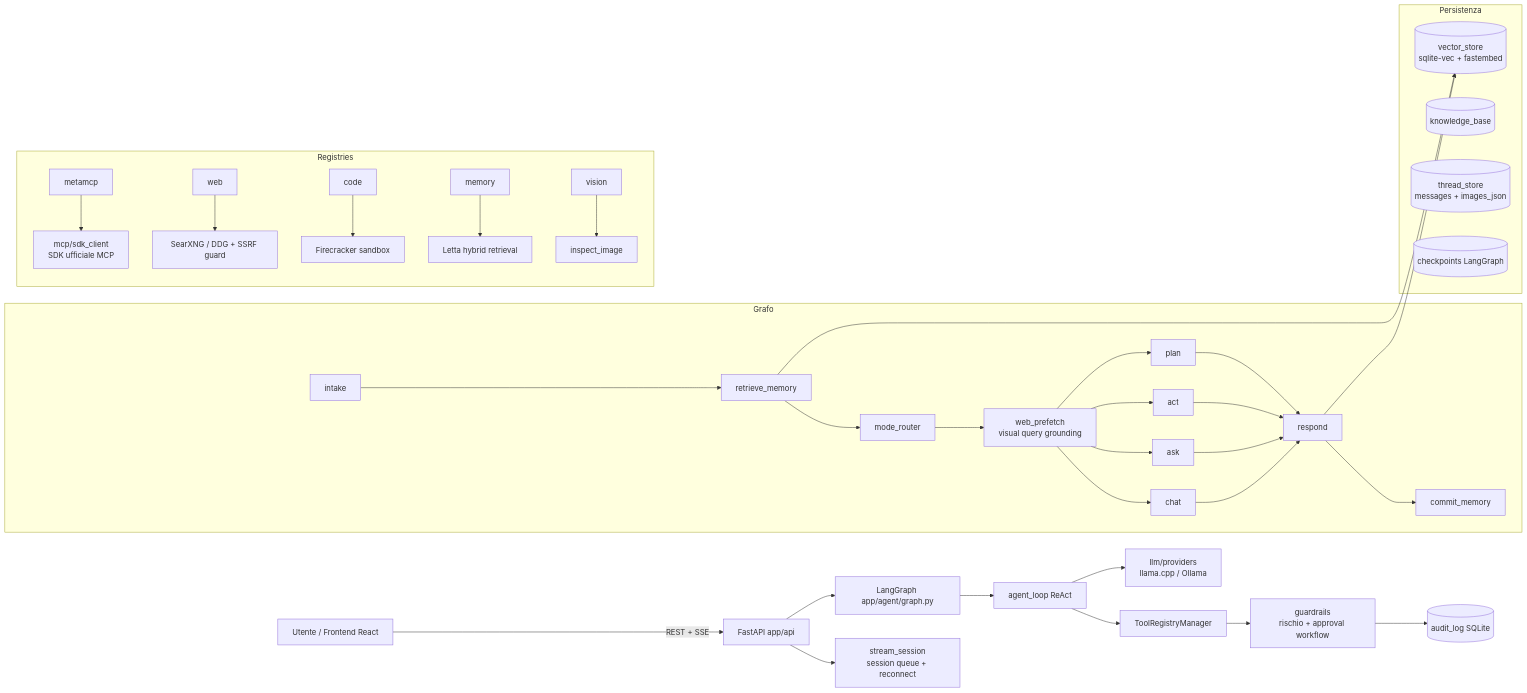
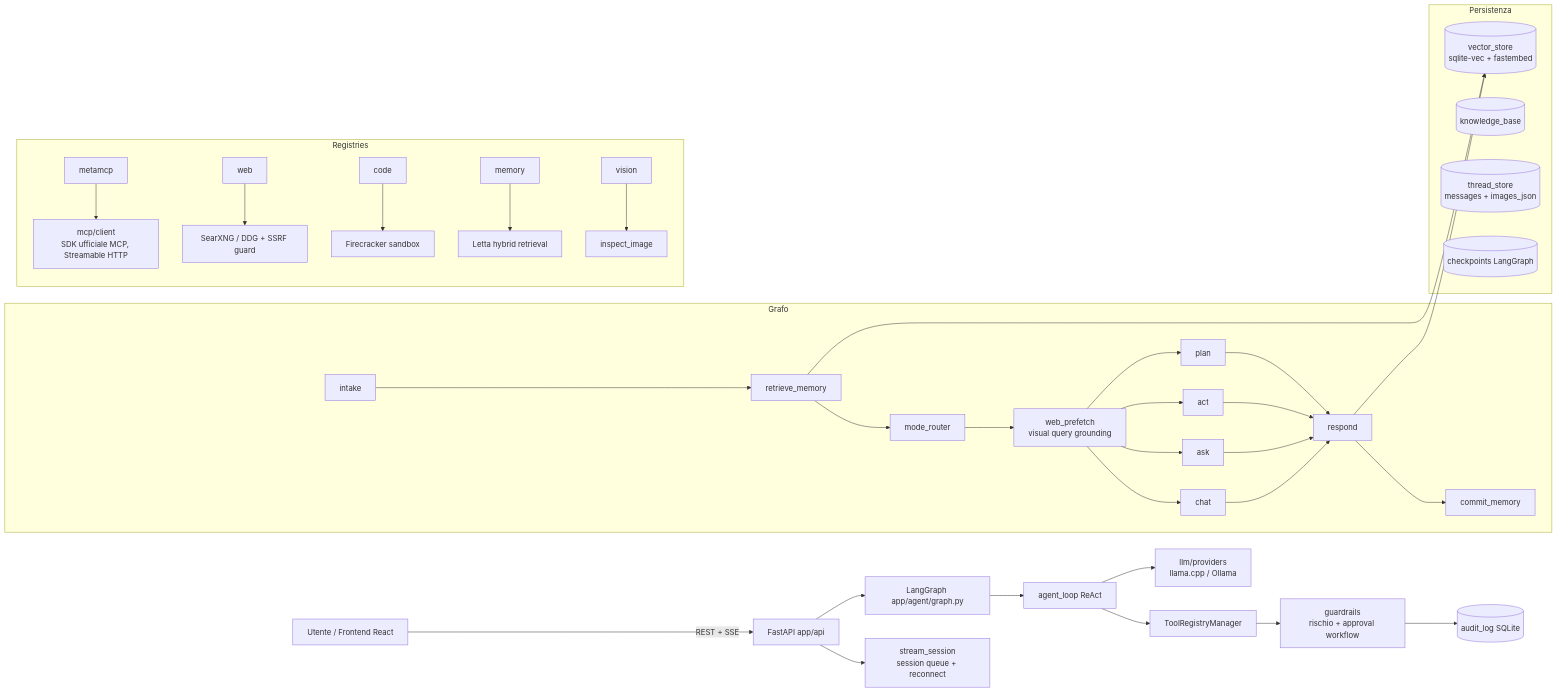
One commit to DevGiov/homelab-agent changed the first of 2 diagrams in backend/README.md. Above: the diagram before and after it, drawn with Mermaid. The commit also changed other lines of this file and 13 other files, not shown here.

First line of the commit message:
refactor(mcp): single SDK client over Streamable HTTP (B4)

````diff
--- a/backend/README.md
+++ b/backend/README.md
@@ -7,38 +7,38 @@
 ```mermaid
 flowchart LR
     U[Utente / Frontend React] -->|REST + SSE| API[FastAPI app/api]
     API --> SS[stream_session<br/>session queue + reconnect]
     API --> G[LangGraph app/agent/graph.py]
 
     subgraph Grafo
         I[intake] --> RM[retrieve_memory] --> MR[mode_router]
         MR --> WP[web_prefetch<br/>visual query grounding]
         WP --> CH[chat] & AK[ask] & AC[act] & PL[plan]
         CH & AK & AC & PL --> RS[respond] --> CM[commit_memory]
     end
 
     G --> AL[agent_loop ReAct]
     AL --> REG[ToolRegistryManager]
 
     subgraph Registries
-        MM[metamcp] --> SDK[mcp/sdk_client<br/>SDK ufficiale MCP]
+        MM[metamcp] --> SDK[mcp/client<br/>SDK ufficiale MCP, Streamable HTTP]
         WS[web] --> SX[SearXNG / DDG + SSRF guard]
         CE[code] --> FC[Firecracker sandbox]
         ME[memory] --> LT[Letta hybrid retrieval]
         VN[vision] --> VI[inspect_image]
     end
 
     REG --> GR[guardrails<br/>rischio + approval workflow]
     GR --> AUD[(audit_log SQLite)]
 
     subgraph Persistenza
         VEC[(vector_store<br/>sqlite-vec + fastembed)]
         KB[(knowledge_base)]
         TS[(thread_store<br/>messages + images_json)]
         CP[(checkpoints LangGraph)]
     end
 
     AL --> LLM[llm/providers<br/>llama.cpp / Ollama]
     RM --> VEC
     RS --> VEC
 ```
````
